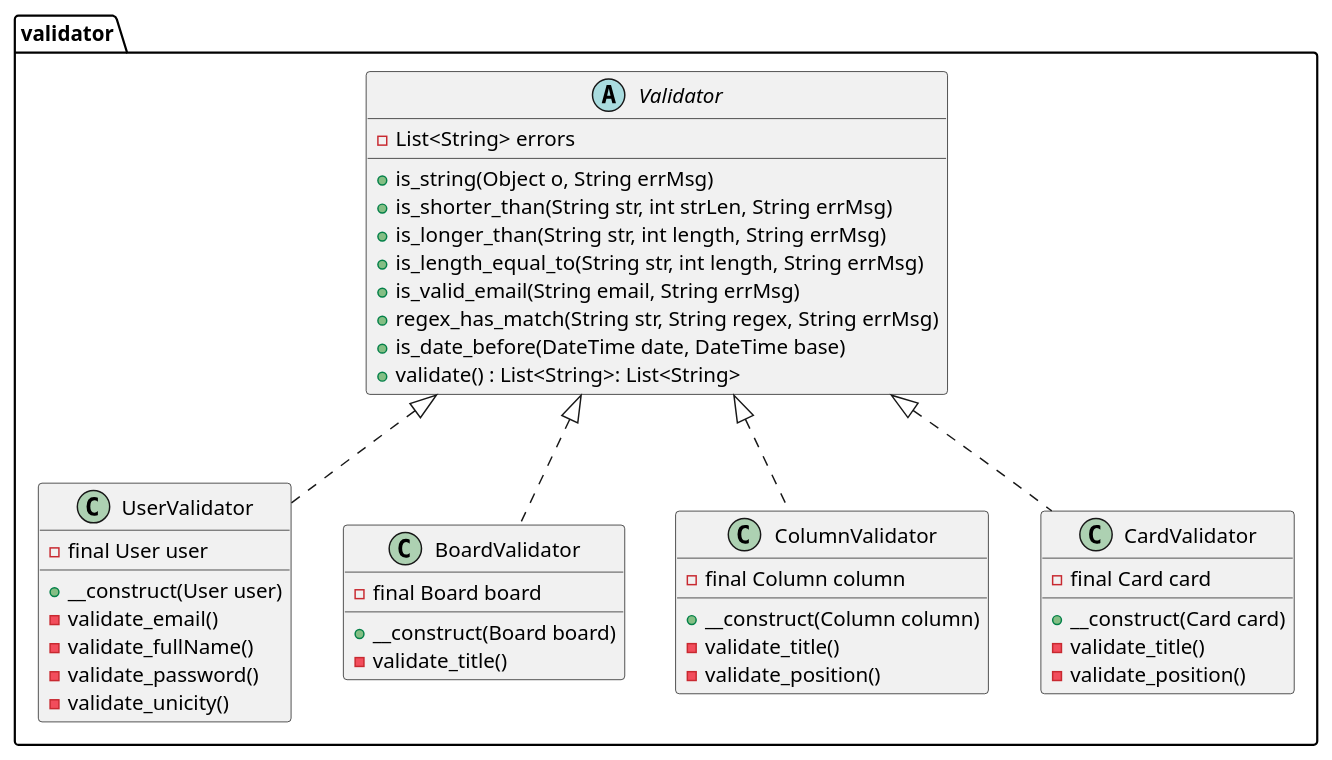
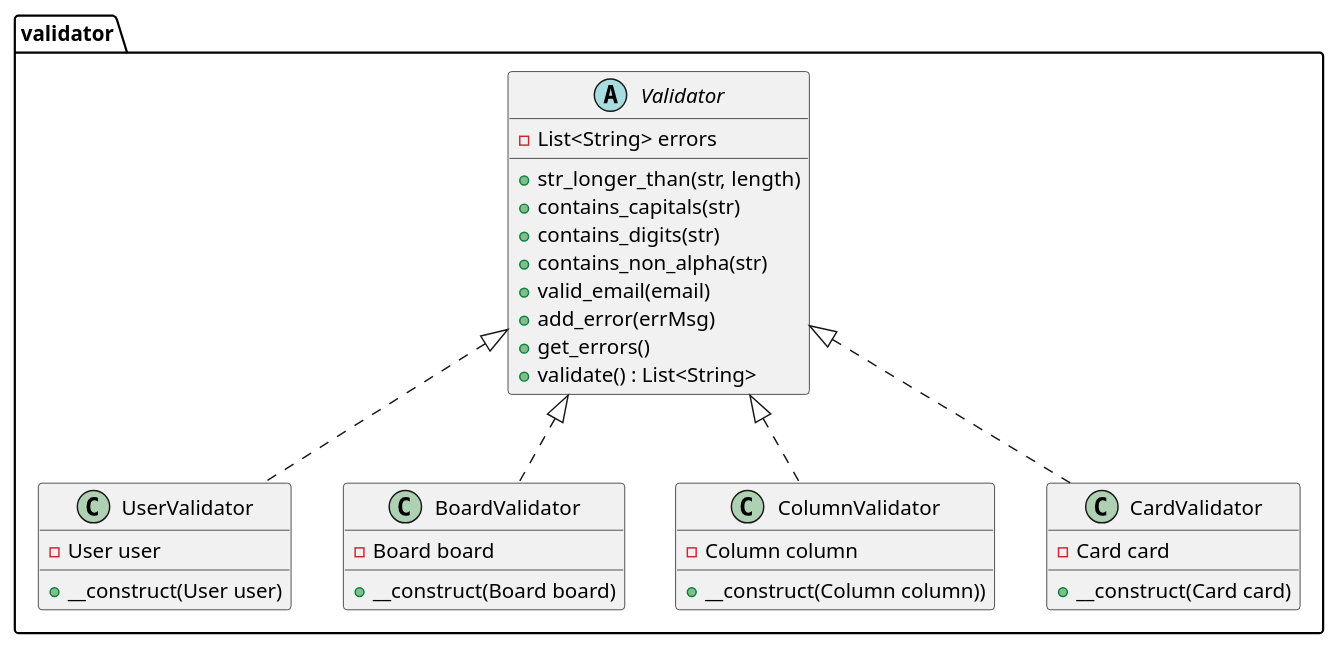
The second of 3 diagrams in analyse/Diagrammes-V1.md (etic4/mini-trello-php), drawn with PlantUML before and after one commit. The commit also changed other lines of this file and 2 other files, not shown here.

Commit message:
Màj analyse V2

````diff
--- a/analyse/Diagrammes-V1.md
+++ b/analyse/Diagrammes-V1.md
@@ -165,46 +164,37 @@
 ```plantuml
 @startuml
 package validator {
 abstract class Validator {
     - List<String> errors
-    + is_string(Object o, String errMsg)
-    + is_shorter_than(String str, int strLen, String errMsg)
-    + is_longer_than(String str, int length, String errMsg)
-    + is_length_equal_to(String str, int length, String errMsg)
-    + is_valid_email(String email, String errMsg)
-    + regex_has_match(String str, String regex, String errMsg)
-    + is_date_before(DateTime date, DateTime base)
-    + validate() : List<String>: List<String>
+    + str_longer_than(str, length)
+    + contains_capitals(str)
+    + contains_digits(str)
+    + contains_non_alpha(str)
+    + valid_email(email)
+    + add_error(errMsg)
+    + get_errors()
+    + validate() : List<String>
 }
 
 class UserValidator implements Validator {
-    - final User user
+    - User user
     + __construct(User user)
-    - validate_email()
-    - validate_fullName()
-    - validate_password()
-    - validate_unicity()
 }
 
 class BoardValidator implements Validator {
-    - final Board board
+    - Board board
     + __construct(Board board)
-    - validate_title()
 }
 
 class ColumnValidator implements Validator {
-    - final Column column
-    + __construct(Column column)
-    - validate_title()
-    - validate_position()
+    - Column column
+    + __construct(Column column))
 }
 
 class CardValidator implements Validator {
-    - final Card card
+    - Card card
     + __construct(Card card)
-    - validate_title()
-    - validate_position()
 }
 }
 @enduml
 ```
````
